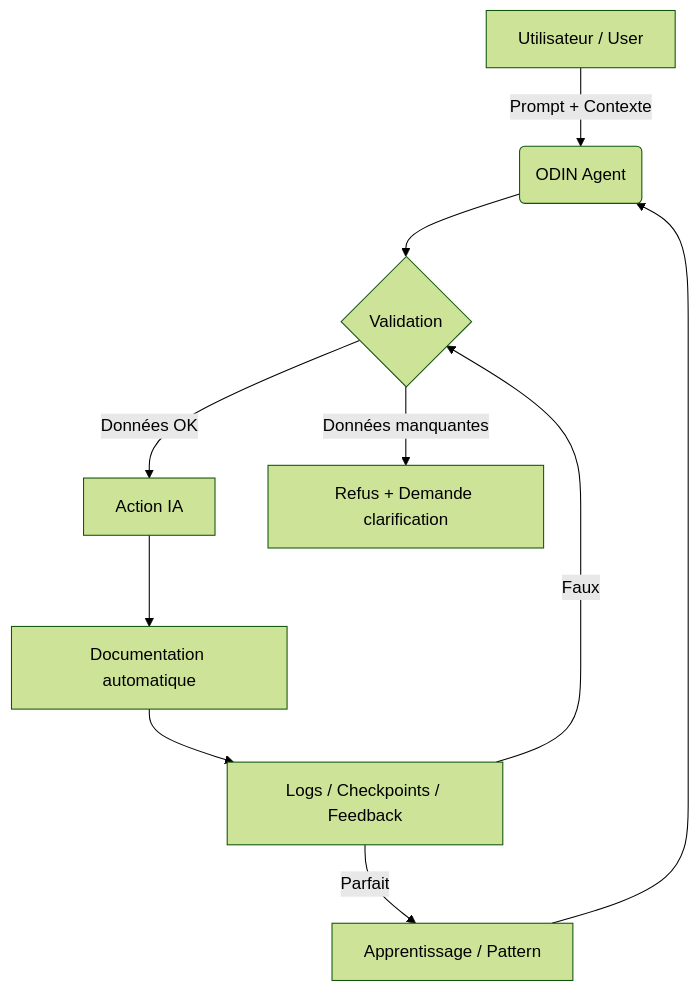
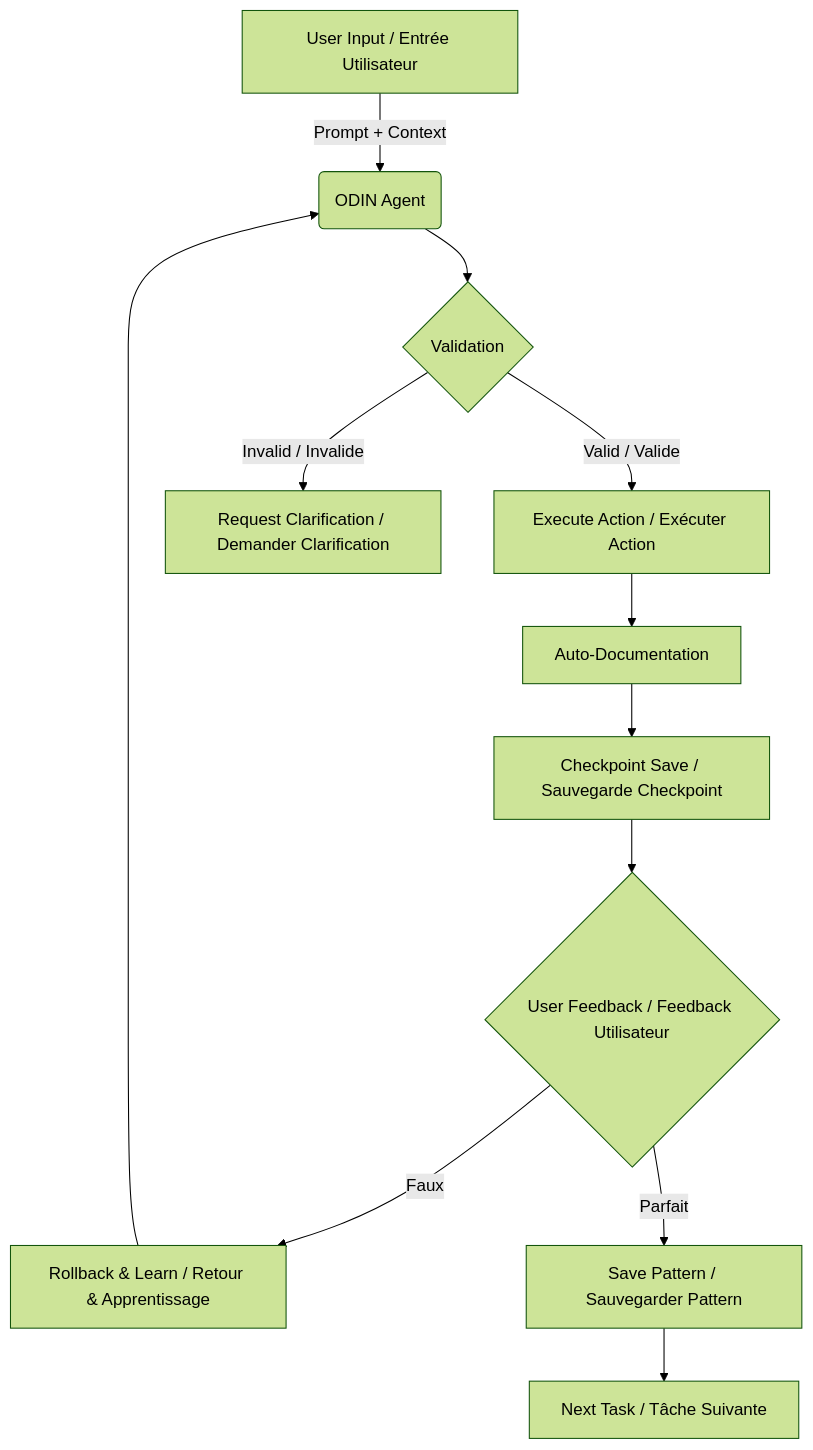
One commit to Krigsexe/AI-Context-Engineering changed the diagram in README.md. Above: the diagram before and after it, drawn with Mermaid (forest theme). The commit also changed other lines of this file and 21 other files, not shown here.

````diff
--- a/README.md
+++ b/README.md
@@ -89,12 +157,14 @@
 ```mermaid
 flowchart TD
-    A[Utilisateur / User] -->|Prompt + Contexte| B(ODIN Agent)
+    A[User Input / Entrée Utilisateur] -->|Prompt + Context| B(ODIN Agent)
     B --> C{Validation}
-    C -- Données OK --> D[Action IA]
-    C -- Données manquantes --> E[Refus + Demande clarification]
-    D --> F[Documentation automatique]
-    F --> G[Logs / Checkpoints / Feedback]
-    G -->|Faux| C
-    G -->|Parfait| H[Apprentissage / Pattern]
-    H --> B
+    C -->|Valid / Valide| D[Execute Action / Exécuter Action]
+    C -->|Invalid / Invalide| E[Request Clarification / Demander Clarification]
+    D --> F[Auto-Documentation]
+    F --> G[Checkpoint Save / Sauvegarde Checkpoint]
+    G --> H{User Feedback / Feedback Utilisateur}
+    H -->|"Faux"| I[Rollback & Learn / Retour & Apprentissage]
+    H -->|"Parfait"| J[Save Pattern / Sauvegarder Pattern]
+    I --> B
+    J --> K[Next Task / Tâche Suivante]
 ```
````
